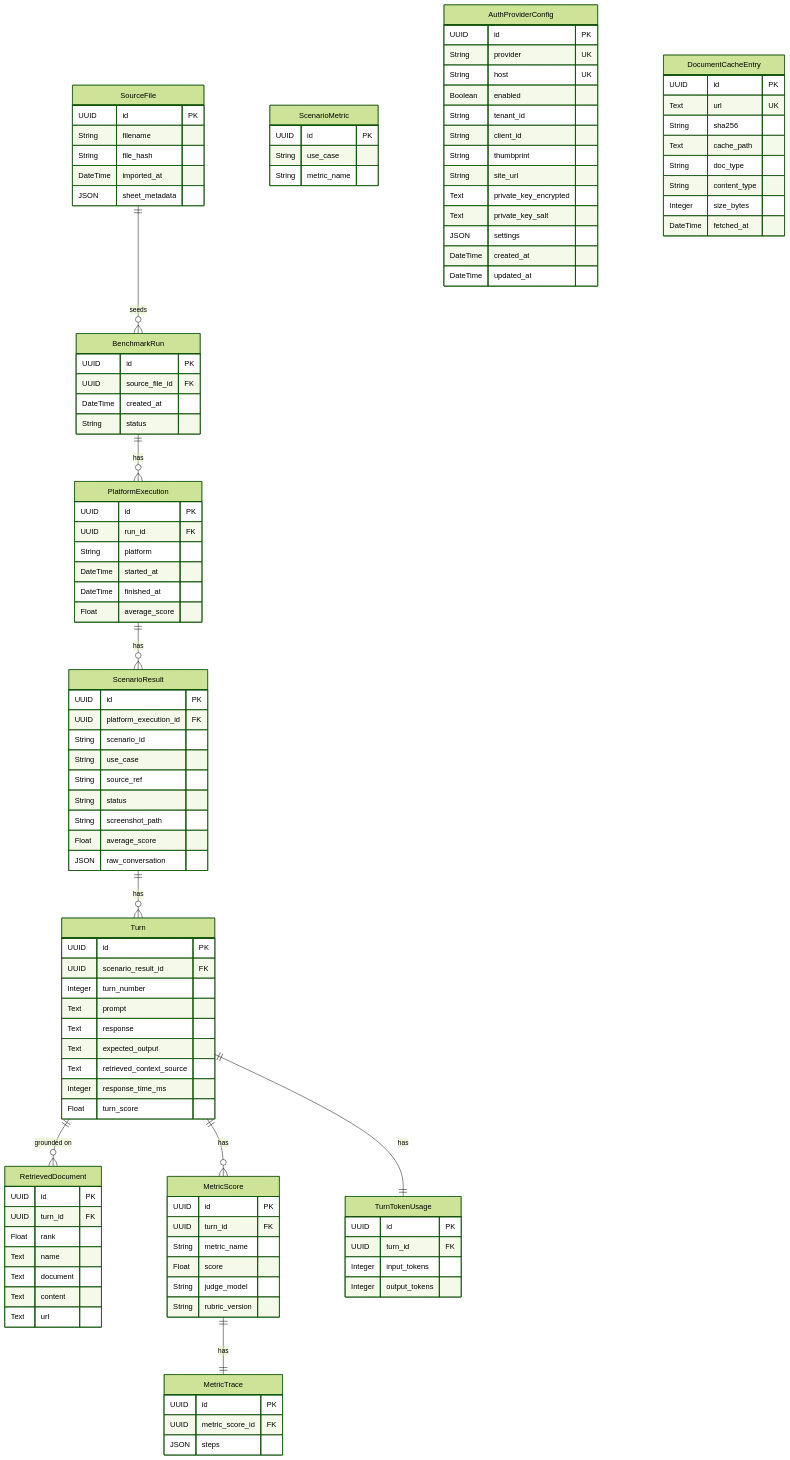
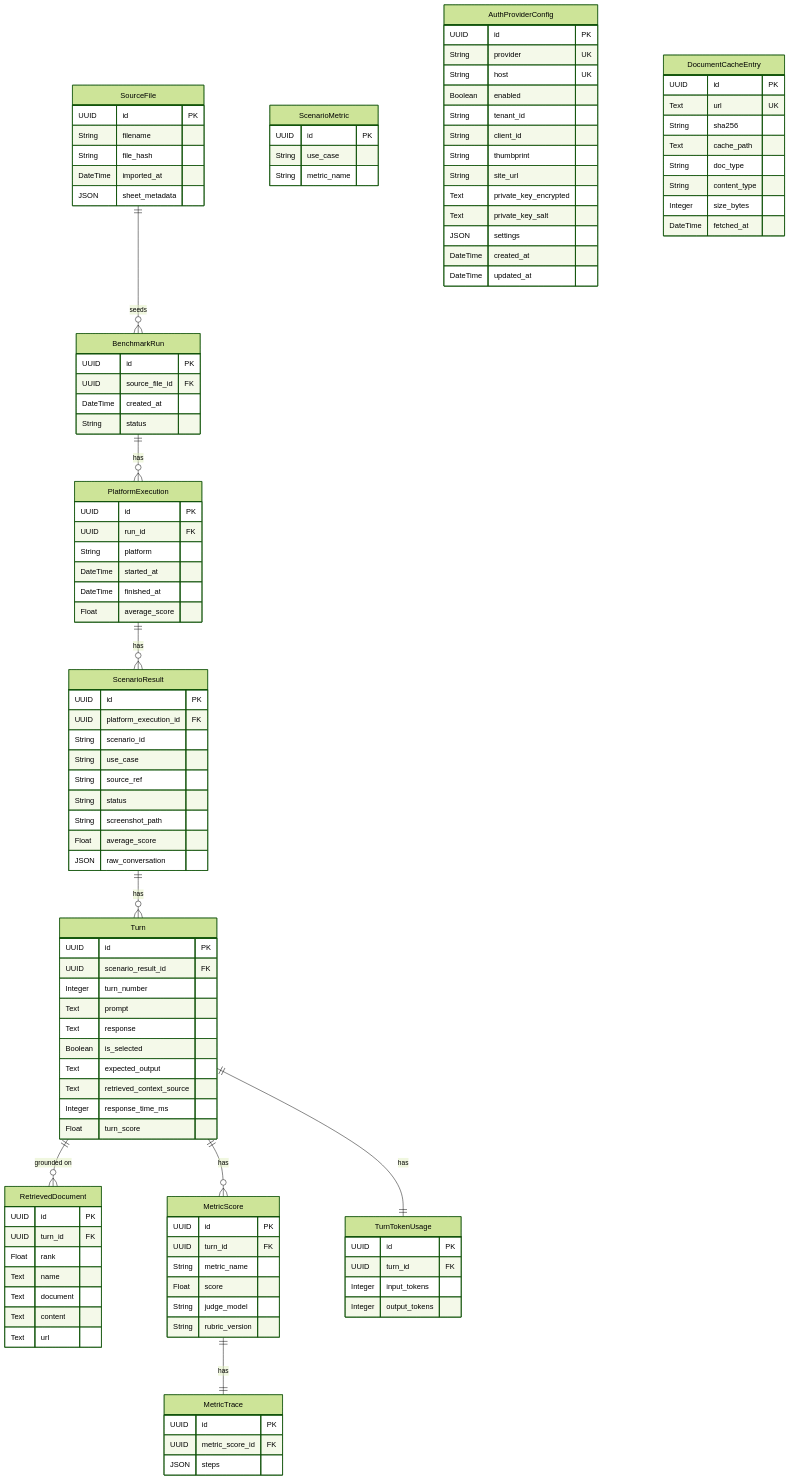
One commit to jmanuelc87/scorekeeper changed the diagram in docs/data-model.md. Above: the diagram before and after it, drawn with Mermaid (forest theme). The commit also changed other lines of this file and 1 other file, not shown here.

Commit message:
Document per-turn selection endpoint
Add PATCH /evaluations/{run_id}/turns/selection to apis.md (summary,
opt-in scoring flow, request/response, errors, example) and the
is_selected column to data-model.md.

Claude-Session: https://claude.ai/code/session_013ttrZ5XkwvJfpECTt8vnoj

```diff
--- a/docs/data-model.md
+++ b/docs/data-model.md
@@ -83,6 +83,7 @@
         Integer turn_number
         Text prompt
         Text response
+        Boolean is_selected
         Text expected_output
         Text retrieved_context_source
         Integer response_time_ms
```
